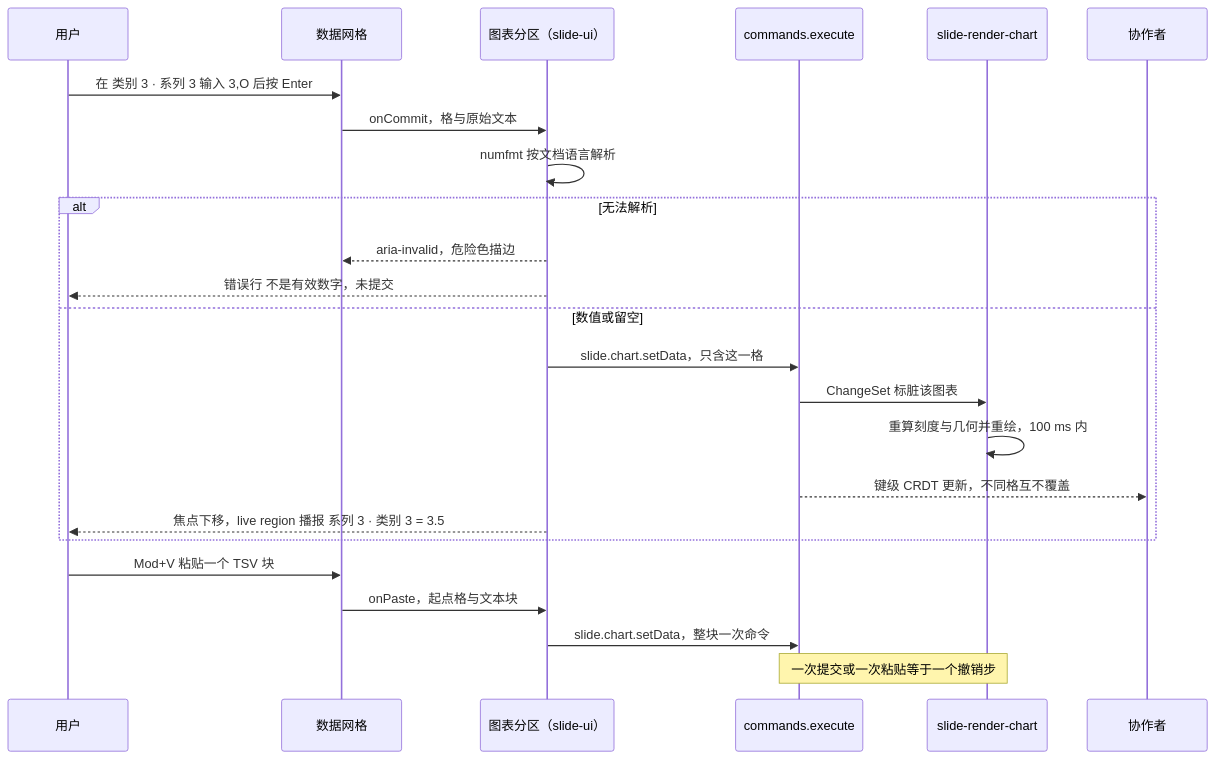
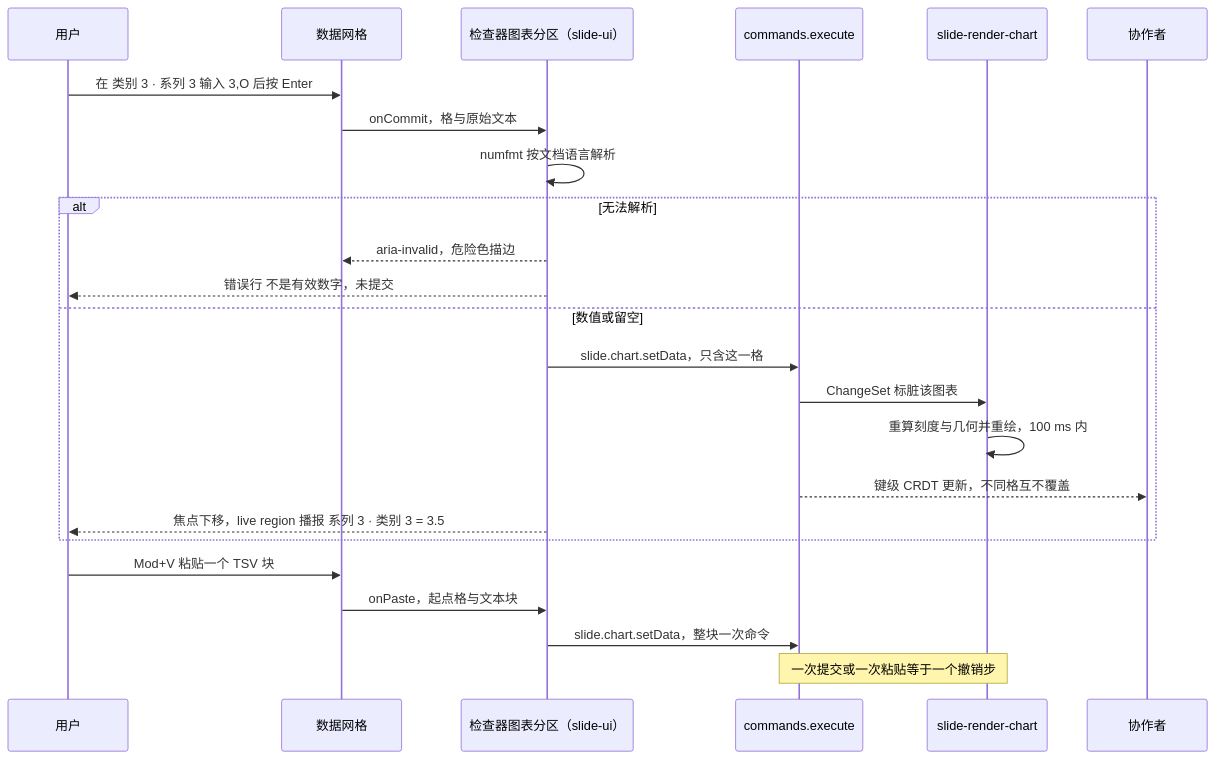
One commit to Xeonice/cordis-ppt-editor changed the fourth of 5 diagrams in docs/20-design/03-screens/31-chart-editing.md. Above: the diagram before and after it, drawn with Mermaid. The commit also changed other lines of this file and 44 other files, not shown here.

````diff
--- a/docs/20-design/03-screens/31-chart-editing.md
+++ b/docs/20-design/03-screens/31-chart-editing.md
@@ -295,26 +438,26 @@
 ```mermaid
 sequenceDiagram
   participant user as 用户
   participant grid as 数据网格
-  participant sec as 图表分区（slide-ui）
+  participant sec as 检查器图表分区（slide-ui）
   participant cmds as commands.execute
   participant chart as slide-render-chart
   participant peer as 协作者
   user->>grid: 在 类别 3 · 系列 3 输入 3,O 后按 Enter
   grid->>sec: onCommit，格与原始文本
   sec->>sec: numfmt 按文档语言解析
   alt 无法解析
     sec-->>grid: aria-invalid，危险色描边
     sec-->>user: 错误行 不是有效数字，未提交
   else 数值或留空
     sec->>cmds: slide.chart.setData，只含这一格
     cmds->>chart: ChangeSet 标脏该图表
     chart->>chart: 重算刻度与几何并重绘，100 ms 内
     cmds-->>peer: 键级 CRDT 更新，不同格互不覆盖
     sec-->>user: 焦点下移，live region 播报 系列 3 · 类别 3 = 3.5
   end
   user->>grid: Mod+V 粘贴一个 TSV 块
   grid->>sec: onPaste，起点格与文本块
   sec->>cmds: slide.chart.setData，整块一次命令
   Note over cmds,chart: 一次提交或一次粘贴等于一个撤销步
 ```
````
